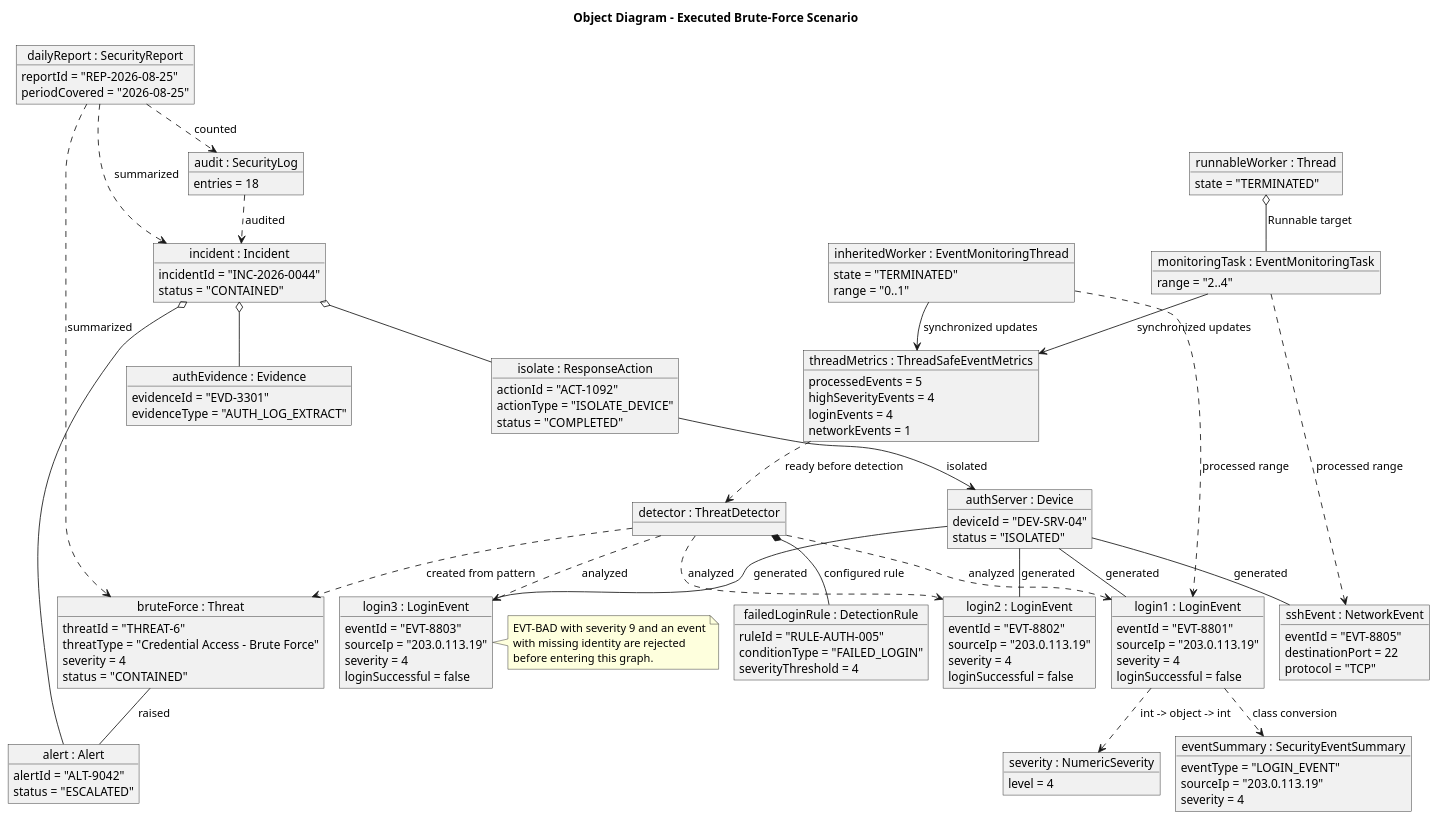
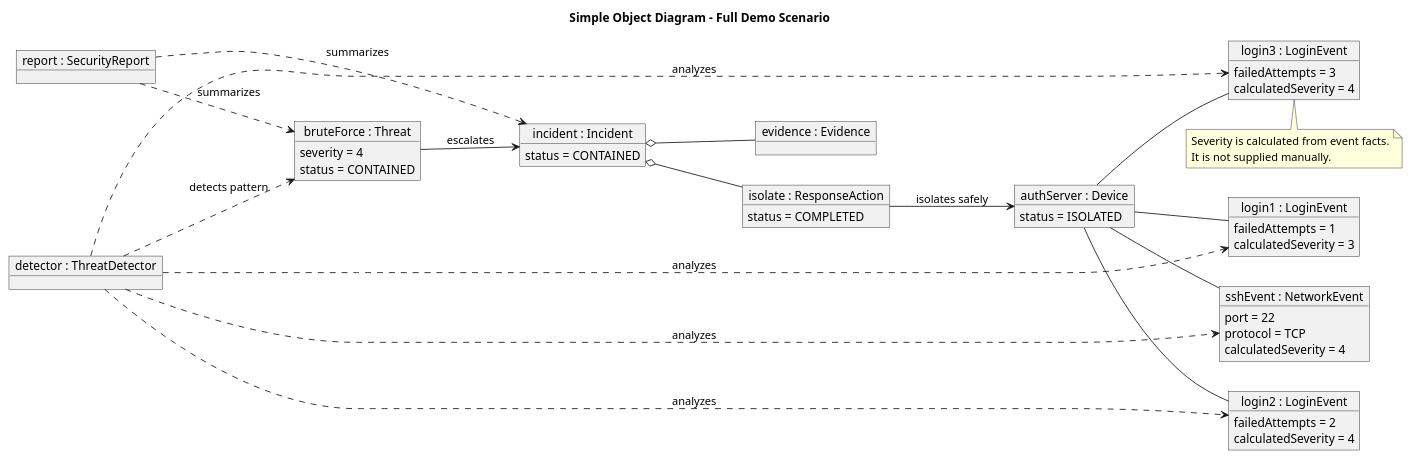
One commit to jaitak2121-spec/CybersecurityThreatdetector changed the diagram in object-diagram.puml. Above: the diagram before and after it, drawn with PlantUML. The commit also changed 19 other files, not shown here.

Commit message:
Calculate severity and simplify project diagrams

```diff
--- a/object-diagram.puml
+++ b/object-diagram.puml
@@ -1,126 +1,60 @@
 @startuml object-diagram
-!pragma layout smetana
+left to right direction
 skinparam objectAttributeIconSize 0
-title Object Diagram - Executed Brute-Force Scenario
+title Simple Object Diagram - Full Demo Scenario
 
 object "authServer : Device" as device {
-  deviceId = "DEV-SRV-04"
-  status = "ISOLATED"
+  status = ISOLATED
 }
 object "login1 : LoginEvent" as login1 {
-  eventId = "EVT-8801"
-  sourceIp = "203.0.113.19"
-  severity = 4
-  loginSuccessful = false
+  failedAttempts = 1
+  calculatedSeverity = 3
 }
 object "login2 : LoginEvent" as login2 {
-  eventId = "EVT-8802"
-  sourceIp = "203.0.113.19"
-  severity = 4
-  loginSuccessful = false
+  failedAttempts = 2
+  calculatedSeverity = 4
 }
 object "login3 : LoginEvent" as login3 {
-  eventId = "EVT-8803"
-  sourceIp = "203.0.113.19"
-  severity = 4
-  loginSuccessful = false
+  failedAttempts = 3
+  calculatedSeverity = 4
 }
 object "sshEvent : NetworkEvent" as network {
-  eventId = "EVT-8805"
-  destinationPort = 22
-  protocol = "TCP"
-}
-object "failedLoginRule : DetectionRule" as rule {
-  ruleId = "RULE-AUTH-005"
-  conditionType = "FAILED_LOGIN"
-  severityThreshold = 4
+  port = 22
+  protocol = TCP
+  calculatedSeverity = 4
 }
 object "detector : ThreatDetector" as detector
 object "bruteForce : Threat" as threat {
-  threatId = "THREAT-6"
-  threatType = "Credential Access - Brute Force"
   severity = 4
-  status = "CONTAINED"
-}
-object "alert : Alert" as alert {
-  alertId = "ALT-9042"
-  status = "ESCALATED"
+  status = CONTAINED
 }
 object "incident : Incident" as incident {
-  incidentId = "INC-2026-0044"
-  status = "CONTAINED"
+  status = CONTAINED
 }
-object "authEvidence : Evidence" as evidence {
-  evidenceId = "EVD-3301"
-  evidenceType = "AUTH_LOG_EXTRACT"
+object "evidence : Evidence" as evidence
+object "isolate : ResponseAction" as action {
+  status = COMPLETED
 }
-object "isolate : ResponseAction" as action {
-  actionId = "ACT-1092"
-  actionType = "ISOLATE_DEVICE"
-  status = "COMPLETED"
-}
-object "severity : NumericSeverity" as severity {
-  level = 4
-}
-object "eventSummary : SecurityEventSummary" as summary {
-  eventType = "LOGIN_EVENT"
-  sourceIp = "203.0.113.19"
-  severity = 4
-}
-object "inheritedWorker : EventMonitoringThread" as inheritedWorker {
-  state = "TERMINATED"
-  range = "0..1"
-}
-object "monitoringTask : EventMonitoringTask" as monitoringTask {
-  range = "2..4"
-}
-object "runnableWorker : Thread" as runnableWorker {
-  state = "TERMINATED"
-}
-object "threadMetrics : ThreadSafeEventMetrics" as metrics {
-  processedEvents = 5
-  highSeverityEvents = 4
-  loginEvents = 4
-  networkEvents = 1
-}
-object "audit : SecurityLog" as log {
-  entries = 18
-}
-object "dailyReport : SecurityReport" as report {
-  reportId = "REP-2026-08-25"
-  periodCovered = "2026-08-25"
-}
+object "report : SecurityReport" as report
 
-device -- login1 : generated
-device -- login2 : generated
-device -- login3 : generated
-device -- network : generated
-detector *-- rule : configured rule
-detector ..> login1 : analyzed
-detector ..> login2 : analyzed
-detector ..> login3 : analyzed
-detector ..> threat : created from pattern
-threat -- alert : raised
-incident o-- alert
+device -- login1
+device -- login2
+device -- login3
+device -- network
+detector ..> login1 : analyzes
+detector ..> login2 : analyzes
+detector ..> login3 : analyzes
+detector ..> network : analyzes
+detector ..> threat : detects pattern
+threat --> incident : escalates
 incident o-- evidence
 incident o-- action
-action --> device : isolated
-login1 ..> severity : int -> object -> int
-login1 ..> summary : class conversion
-inheritedWorker ..> login1 : processed range
-inheritedWorker --> metrics : synchronized updates
-runnableWorker o-- monitoringTask : Runnable target
-monitoringTask ..> network : processed range
-monitoringTask --> metrics : synchronized updates
-metrics ..> detector : ready before detection
-log ..> incident : audited
-report ..> threat : summarized
-report ..> incident : summarized
-report ..> log : counted
+action --> device : isolates safely
+report ..> threat : summarizes
+report ..> incident : summarizes
 
-note right of login3
-  EVT-BAD with severity 9 and an event
-  with missing identity are rejected
-  before entering this graph.
+note bottom of login3
+  Severity is calculated from event facts.
+  It is not supplied manually.
 end note
 @enduml
```
